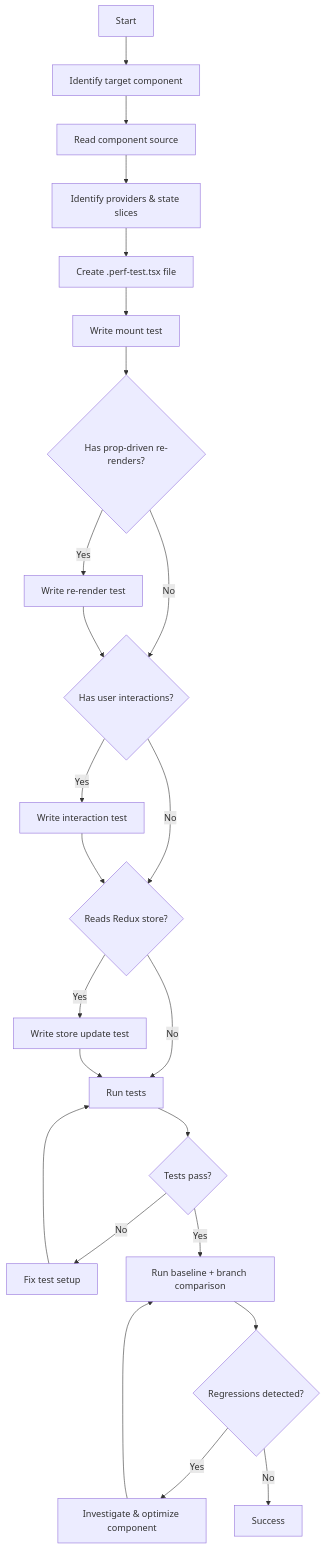
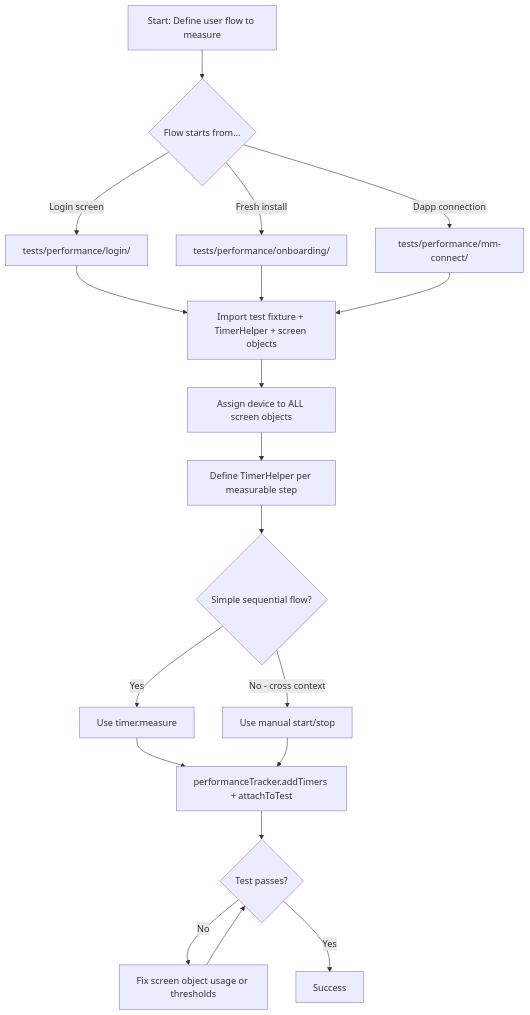
One commit to ganchoradkov/metamask-mobile changed the diagram in .claude/commands/perf-test.md. Above: the diagram before and after it, drawn with Mermaid. The commit also changed other lines of this file, not shown here.

First line of the commit message:
feat: rewrite perf-test skill as E2E Appwright-based performance testing

````diff
--- a/.claude/commands/perf-test.md
+++ b/.claude/commands/perf-test.md
@@ -211,26 +388,21 @@
 ```mermaid
 flowchart TD
-    A[Start] --> B[Identify target component]
-    B --> C[Read component source]
-    C --> D[Identify providers & state slices]
-    D --> E[Create .perf-test.tsx file]
-    E --> F[Write mount test]
-    F --> G{Has prop-driven re-renders?}
-    G -->|Yes| H[Write re-render test]
-    G -->|No| I{Has user interactions?}
-    H --> I
-    I -->|Yes| J[Write interaction test]
-    I -->|No| K{Reads Redux store?}
-    J --> K
-    K -->|Yes| L[Write store update test]
-    K -->|No| M[Run tests]
-    L --> M
-    M --> N{Tests pass?}
-    N -->|No| O[Fix test setup]
-    O --> M
-    N -->|Yes| P[Run baseline + branch comparison]
-    P --> Q{Regressions detected?}
-    Q -->|Yes| R[Investigate & optimize component]
-    R --> P
-    Q -->|No| S[Success]
+    A[Start: Define user flow to measure] --> B{Flow starts from...}
+    B -->|Login screen| C[tests/performance/login/]
+    B -->|Fresh install| D[tests/performance/onboarding/]
+    B -->|Dapp connection| E[tests/performance/mm-connect/]
+    C --> F[Import test fixture + TimerHelper + screen objects]
+    D --> F
+    E --> F
+    F --> G[Assign device to ALL screen objects]
+    G --> H[Define TimerHelper per measurable step]
+    H --> I{Simple sequential flow?}
+    I -->|Yes| J[Use timer.measure]
+    I -->|No - cross context| K[Use manual start/stop]
+    J --> L[performanceTracker.addTimers + attachToTest]
+    K --> L
+    L --> M{Test passes?}
+    M -->|No| N[Fix screen object usage or thresholds]
+    N --> M
+    M -->|Yes| O[Success]
 ```
````
